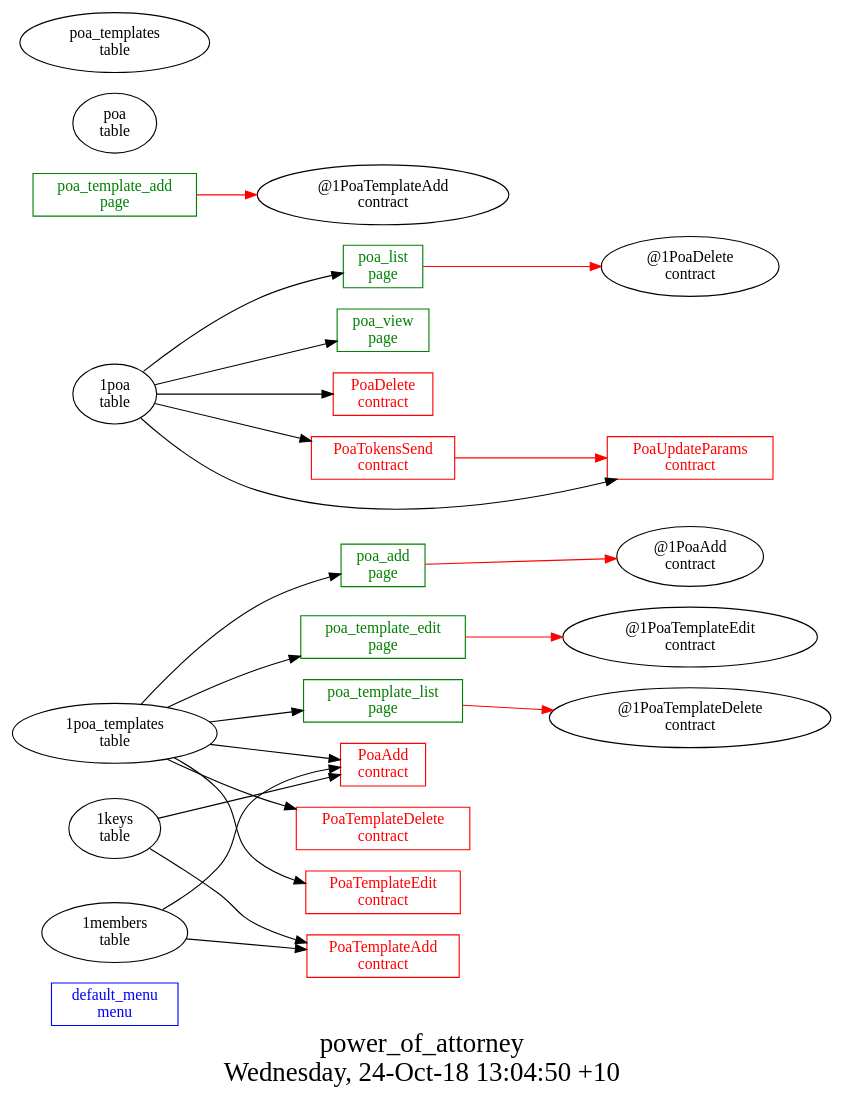
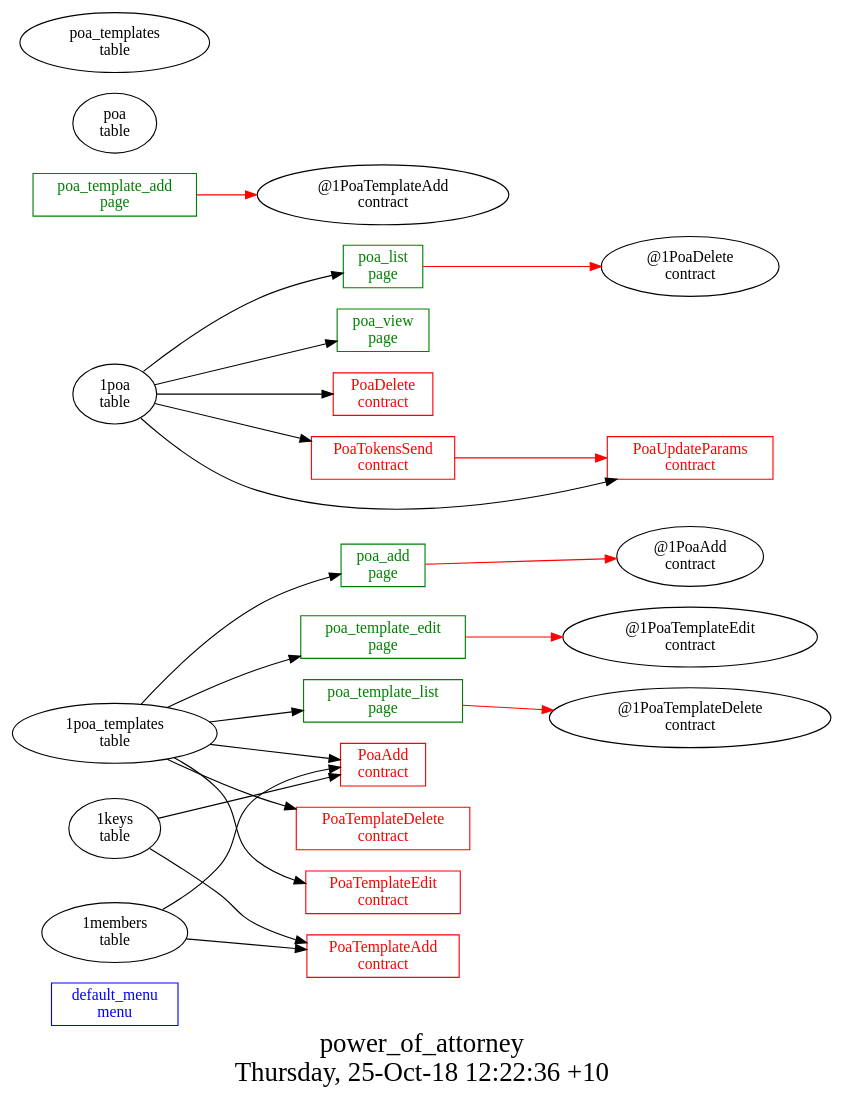
The diagram in other/power_of_attorney/struct.dot (AplaProject/apps), drawn with Graphviz before and after one commit. The commit also changed 25 other files, not shown here.

```diff
--- a/other/power_of_attorney/struct.dot
+++ b/other/power_of_attorney/struct.dot
@@ -1,45 +1,45 @@
 digraph G {
 fontsize="24";
-label="power_of_attorney\nWednesday, 24-Oct-18 13:04:50 +10";
+label="power_of_attorney\nThursday, 25-Oct-18 12:22:36 +10";
 nojustify=true;
 ordering=out;
 rankdir=LR;
 size="30";
 "default_menu\nmenu" [color=blue, fontcolor=blue, group=menus, shape=record];
 "poa_add\npage" -> "@1PoaAdd\ncontract"  [ color=red ]
 "1poa_templates\ntable" -> "poa_add\npage"
 "poa_add\npage" [color=green, fontcolor=green, group=pages, shape=record];
 "poa_list\npage" -> "@1PoaDelete\ncontract"  [ color=red ]
 "1poa\ntable" -> "poa_list\npage"
 "poa_list\npage" [color=green, fontcolor=green, group=pages, shape=record];
 "poa_template_add\npage" -> "@1PoaTemplateAdd\ncontract"  [ color=red ]
 "poa_template_add\npage" [color=green, fontcolor=green, group=pages, shape=record];
 "poa_template_edit\npage" -> "@1PoaTemplateEdit\ncontract"  [ color=red ]
 "1poa_templates\ntable" -> "poa_template_edit\npage"
 "poa_template_edit\npage" [color=green, fontcolor=green, group=pages, shape=record];
 "poa_template_list\npage" -> "@1PoaTemplateDelete\ncontract"  [ color=red ]
 "1poa_templates\ntable" -> "poa_template_list\npage"
 "poa_template_list\npage" [color=green, fontcolor=green, group=pages, shape=record];
 "1poa\ntable" -> "poa_view\npage"
 "poa_view\npage" [color=green, fontcolor=green, group=pages, shape=record];
 "1members\ntable" -> "PoaAdd\ncontract"
 "1keys\ntable" -> "PoaAdd\ncontract"
 "1poa_templates\ntable" -> "PoaAdd\ncontract"
 "PoaAdd\ncontract" [color=red, fontcolor=red, group=contracts, shape=record];
 "1poa\ntable" -> "PoaDelete\ncontract"
 "PoaDelete\ncontract" [color=red, fontcolor=red, group=contracts, shape=record];
 "1members\ntable" -> "PoaTemplateAdd\ncontract"
 "1keys\ntable" -> "PoaTemplateAdd\ncontract"
 "PoaTemplateAdd\ncontract" [color=red, fontcolor=red, group=contracts, shape=record];
 "1poa_templates\ntable" -> "PoaTemplateDelete\ncontract"
 "PoaTemplateDelete\ncontract" [color=red, fontcolor=red, group=contracts, shape=record];
 "1poa_templates\ntable" -> "PoaTemplateEdit\ncontract"
 "PoaTemplateEdit\ncontract" [color=red, fontcolor=red, group=contracts, shape=record];
 "PoaTokensSend\ncontract" -> "PoaUpdateParams\ncontract"  [ color=red ]
 "1poa\ntable" -> "PoaTokensSend\ncontract"
 "PoaTokensSend\ncontract" [color=red, fontcolor=red, group=contracts, shape=record];
 "1poa\ntable" -> "PoaUpdateParams\ncontract"
 "PoaUpdateParams\ncontract" [color=red, fontcolor=red, group=contracts, shape=record];
 "poa\ntable" [color="", fontcolor="", group=tables, shape=""];
 "poa_templates\ntable" [color="", fontcolor="", group=tables, shape=""];
 }
```
